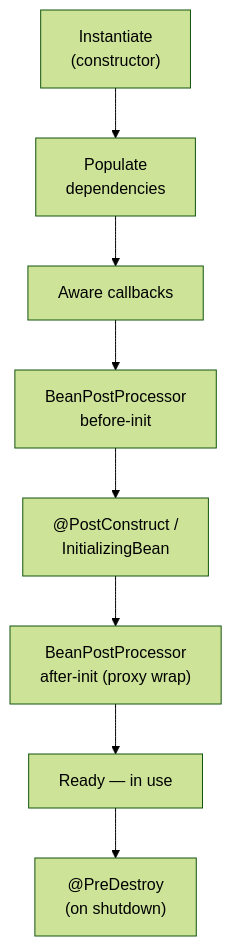
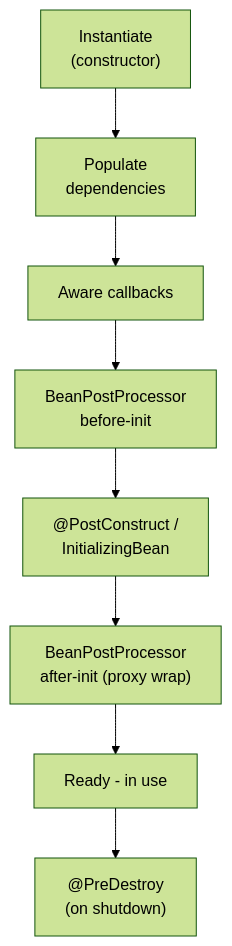
The diagram in guides/frameworks/spring-framework-from-zero/05-bean-scopes-and-lifecycle.md (Topurrra/themissingmanual), drawn with Mermaid (forest theme) before and after one commit. The commit also changed other lines of this file and 1009 other files, not shown here.

````diff
--- a/guides/frameworks/spring-framework-from-zero/05-bean-scopes-and-lifecycle.md
+++ b/guides/frameworks/spring-framework-from-zero/05-bean-scopes-and-lifecycle.md
@@ -173,10 +173,10 @@
 ```mermaid
 flowchart TD
   A["Instantiate<br/>(constructor)"] --> B["Populate<br/>dependencies"]
   B --> C["Aware callbacks"]
   C --> D["BeanPostProcessor<br/>before-init"]
   D --> E["@PostConstruct /<br/>InitializingBean"]
   E --> F["BeanPostProcessor<br/>after-init (proxy wrap)"]
-  F --> G["Ready — in use"]
+  F --> G["Ready - in use"]
   G --> H["@PreDestroy<br/>(on shutdown)"]
 ```
````
